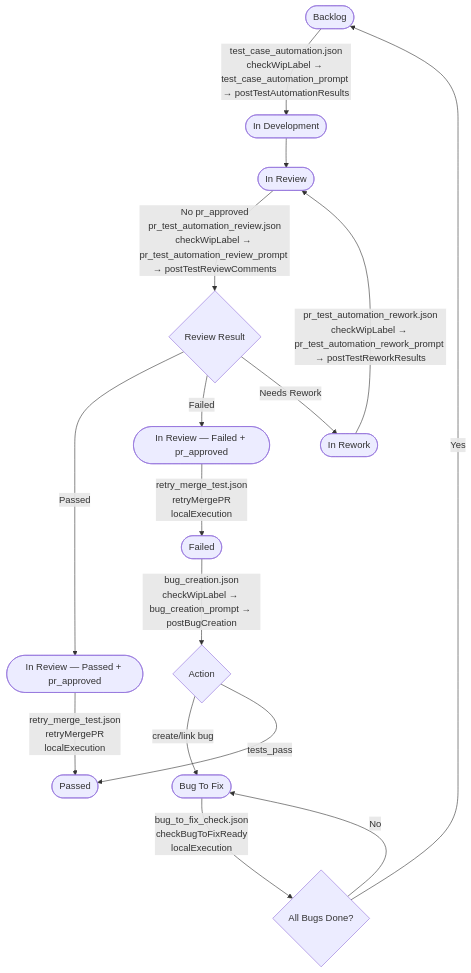
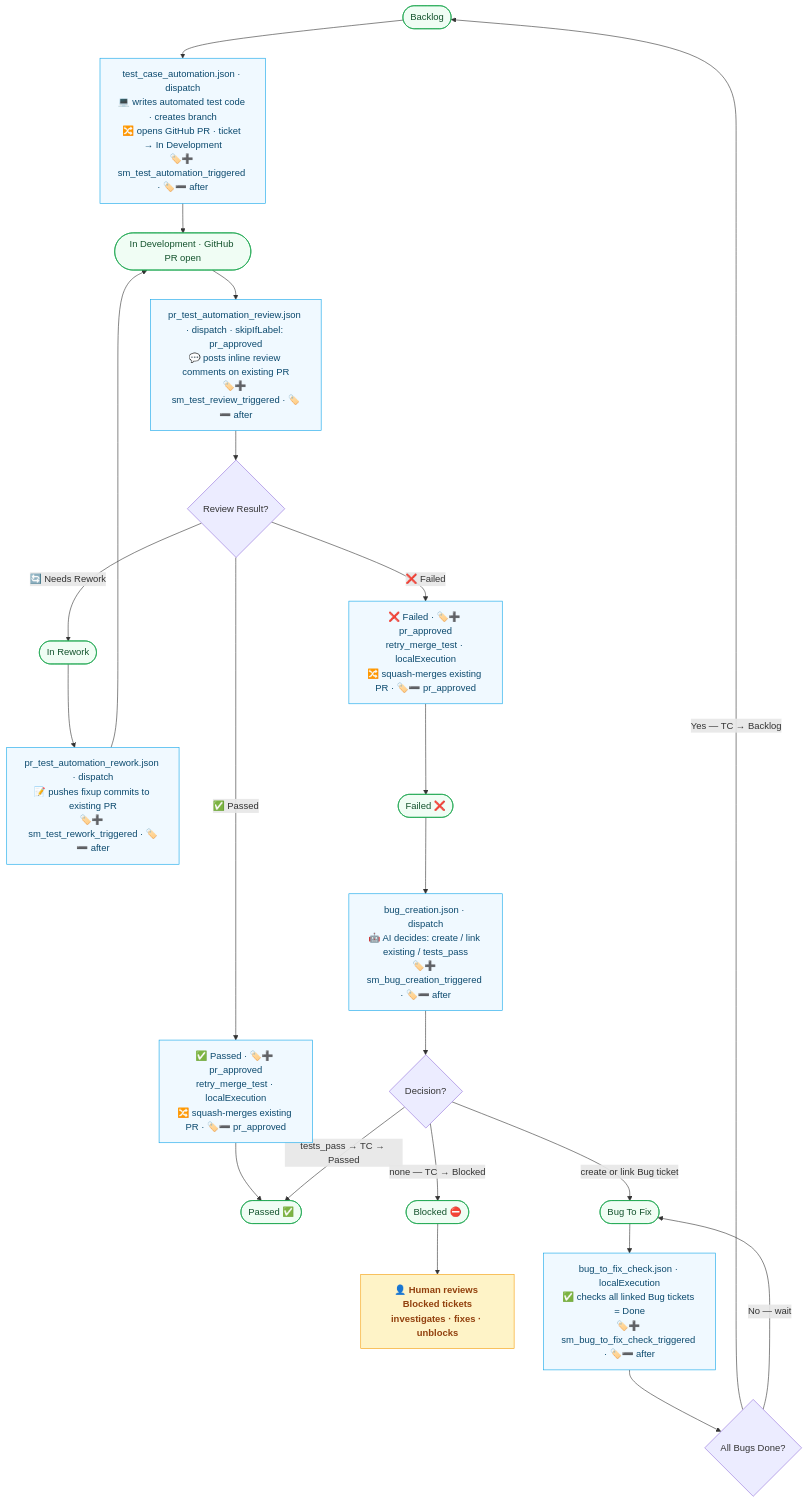
One commit to holodog/dmtools-agents changed the third of 4 diagrams in README.md. Above: the diagram before and after it, drawn with Mermaid. The commit also changed other lines of this file and 6 other files, not shown here.

First line of the commit message:
Add README, intake bug creation, fix repeated dev trigger on open PRs

````diff
--- a/README.md
+++ b/README.md
@@ -96,18 +215,60 @@
 ```mermaid
 flowchart TD
-    A([Backlog]) -->|"test_case_automation.json<br/>checkWipLabel → test_case_automation_prompt → postTestAutomationResults"| B([In Development])
-    B --> C([In Review])
-    C -->|"No pr_approved<br/>pr_test_automation_review.json<br/>checkWipLabel → pr_test_automation_review_prompt → postTestReviewComments"| D{Review Result}
-    D -->|Passed| E([In Review — Passed + pr_approved])
-    D -->|Failed| F([In Review — Failed + pr_approved])
-    D -->|Needs Rework| G([In Rework])
-    G -->|"pr_test_automation_rework.json<br/>checkWipLabel → pr_test_automation_rework_prompt → postTestReworkResults"| C
-    E -->|"retry_merge_test.json<br/>retryMergePR<br/>localExecution"| H([Passed])
-    F -->|"retry_merge_test.json<br/>retryMergePR<br/>localExecution"| I([Failed])
-    I -->|"bug_creation.json<br/>checkWipLabel → bug_creation_prompt → postBugCreation"| J{Action}
-    J -->|create/link bug| K([Bug To Fix])
-    J -->|tests_pass| H
-    K -->|"bug_to_fix_check.json<br/>checkBugToFixReady<br/>localExecution"| L{All Bugs Done?}
-    L -->|Yes| A
-    L -->|No| K
+    classDef humanInput fill:#fef3c7,stroke:#f59e0b,color:#92400e,font-weight:bold
+    classDef action fill:#f0f9ff,stroke:#0ea5e9,color:#0c4a6e
+    classDef status fill:#f0fdf4,stroke:#16a34a,color:#14532d
+
+    s_bl([Backlog]):::status
+
+    act_auto["test_case_automation.json · dispatch<br/>💻 writes automated test code · creates branch<br/>🔀 opens GitHub PR · ticket → In Development<br/>🏷️➕ sm_test_automation_triggered · 🏷️➖ after"]:::action
+    s_bl --> act_auto
+
+    s_dev(["In Development · GitHub PR open"]):::status
+    act_auto --> s_dev
+
+    act_rev["pr_test_automation_review.json · dispatch · skipIfLabel: pr_approved<br/>💬 posts inline review comments on existing PR<br/>🏷️➕ sm_test_review_triggered · 🏷️➖ after"]:::action
+    s_dev --> act_rev
+
+    dec_rev{Review Result?}
+    act_rev --> dec_rev
+
+    s_rwk([In Rework]):::status
+    dec_rev -->|"🔄 Needs Rework"| s_rwk
+
+    act_rwk["pr_test_automation_rework.json · dispatch<br/>📝 pushes fixup commits to existing PR<br/>🏷️➕ sm_test_rework_triggered · 🏷️➖ after"]:::action
+    s_rwk --> act_rwk
+    act_rwk --> s_dev
+
+    act_pass["✅ Passed · 🏷️➕ pr_approved<br/>retry_merge_test · localExecution<br/>🔀 squash-merges existing PR · 🏷️➖ pr_approved"]:::action
+    dec_rev -->|"✅ Passed"| act_pass
+    s_pas([Passed ✅]):::status
+    act_pass --> s_pas
+
+    act_fail["❌ Failed · 🏷️➕ pr_approved<br/>retry_merge_test · localExecution<br/>🔀 squash-merges existing PR · 🏷️➖ pr_approved"]:::action
+    dec_rev -->|"❌ Failed"| act_fail
+    s_fai([Failed ❌]):::status
+    act_fail --> s_fai
+
+    act_bug["bug_creation.json · dispatch<br/>🤖 AI decides: create / link existing / tests_pass<br/>🏷️➕ sm_bug_creation_triggered · 🏷️➖ after"]:::action
+    s_fai --> act_bug
+
+    dec_bug{Decision?}
+    act_bug --> dec_bug
+
+    s_btf([Bug To Fix]):::status
+    dec_bug -->|"create or link Bug ticket"| s_btf
+    dec_bug -->|"tests_pass → TC → Passed"| s_pas
+
+    s_blocked([Blocked ⛔]):::status
+    h_none["👤 Human reviews Blocked tickets<br/>investigates · fixes · unblocks"]:::humanInput
+    dec_bug -->|"none — TC → Blocked"| s_blocked
+    s_blocked --> h_none
+
+    act_btf["bug_to_fix_check.json · localExecution<br/>✅ checks all linked Bug tickets = Done<br/>🏷️➕ sm_bug_to_fix_check_triggered · 🏷️➖ after"]:::action
+    s_btf --> act_btf
+
+    dec_done{All Bugs Done?}
+    act_btf --> dec_done
+    dec_done -->|"Yes — TC → Backlog"| s_bl
+    dec_done -->|"No — wait"| s_btf
 ```
````
